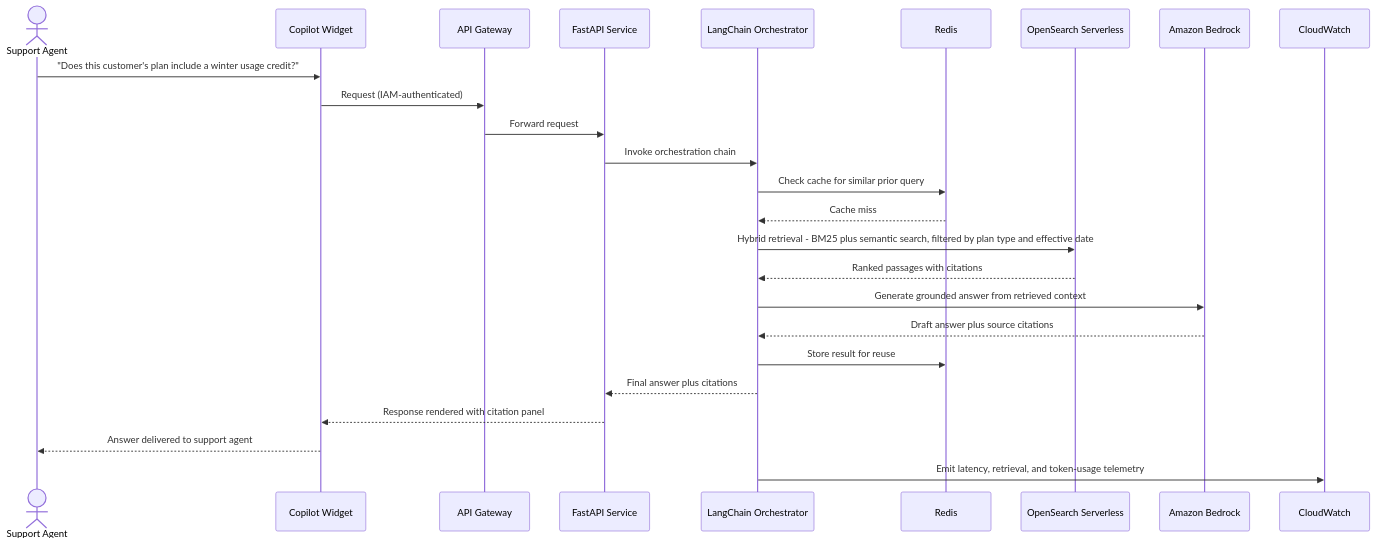
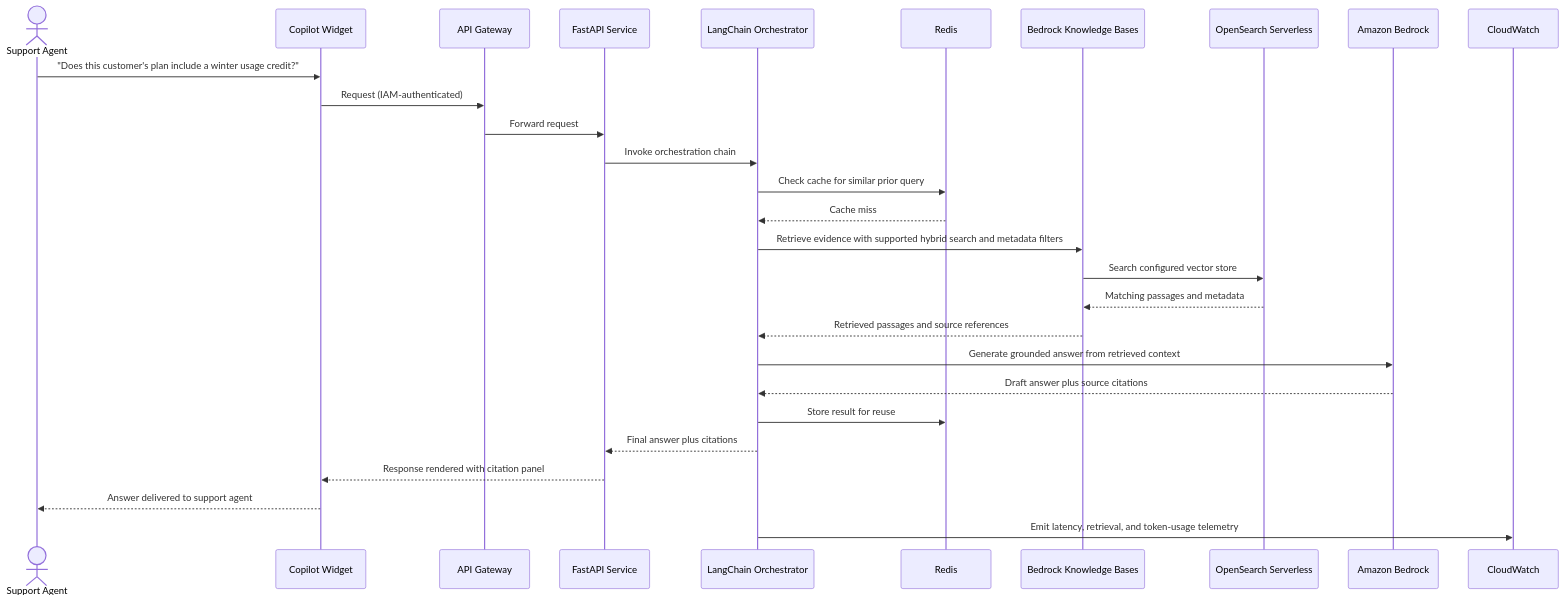
The second of 2 diagrams in Demo_Resume_Projects/NRG_Energy_Architecture_Deep_Dive.md (Emeron16/TechConsulting), drawn with Mermaid before and after one commit. The commit also changed other lines of this file and 9 other files, not shown here.

````diff
--- a/Demo_Resume_Projects/NRG_Energy_Architecture_Deep_Dive.md
+++ b/Demo_Resume_Projects/NRG_Energy_Architecture_Deep_Dive.md
@@ -120,28 +121,31 @@
 ```mermaid
 sequenceDiagram
     actor Agent as Support Agent
     participant UI as Copilot Widget
     participant GW as API Gateway
     participant FA as FastAPI Service
     participant LC as LangChain Orchestrator
     participant Cache as Redis
+    participant KB as Bedrock Knowledge Bases
     participant OS as OpenSearch Serverless
     participant BR as Amazon Bedrock
     participant CW as CloudWatch
 
     Agent->>UI: "Does this customer's plan include a winter usage credit?"
     UI->>GW: Request (IAM-authenticated)
     GW->>FA: Forward request
     FA->>LC: Invoke orchestration chain
     LC->>Cache: Check cache for similar prior query
     Cache-->>LC: Cache miss
-    LC->>OS: Hybrid retrieval - BM25 plus semantic search, filtered by plan type and effective date
-    OS-->>LC: Ranked passages with citations
+    LC->>KB: Retrieve evidence with supported hybrid search and metadata filters
+    KB->>OS: Search configured vector store
+    OS-->>KB: Matching passages and metadata
+    KB-->>LC: Retrieved passages and source references
     LC->>BR: Generate grounded answer from retrieved context
     BR-->>LC: Draft answer plus source citations
     LC->>Cache: Store result for reuse
     LC-->>FA: Final answer plus citations
     FA-->>UI: Response rendered with citation panel
     UI-->>Agent: Answer delivered to support agent
     LC->>CW: Emit latency, retrieval, and token-usage telemetry
 ```
````
